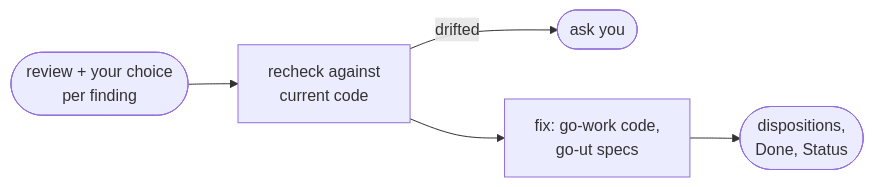
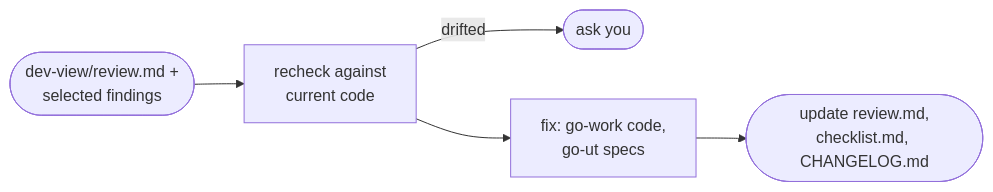
Before and after one commit to le0u0/just-do-it: the diagram in docs/go-fix.md, drawn with Mermaid. The commit also changed other lines of this file and 82 other files, not shown here.

Commit message:
feat!: replace justaway mode with independent skill storage, go-setup, go-flow, and to-test-doc

````diff
--- a/docs/go-fix.md
+++ b/docs/go-fix.md
@@ -7,7 +7,7 @@
 ```mermaid
 flowchart LR
-    IN([review + your choice<br/>per finding]) --> C[recheck against<br/>current code]
+    IN([dev-view/review.md +<br/>selected findings]) --> C[recheck against<br/>current code]
     C -->|drifted| Q([ask you])
     C --> F[fix: go-work code,<br/>go-ut specs]
-    F --> O([dispositions,<br/>Done, Status])
+    F --> O([update review.md,<br/>checklist.md, CHANGELOG.md])
 ```
````
